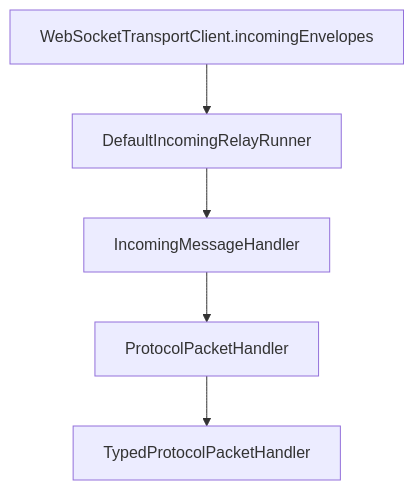
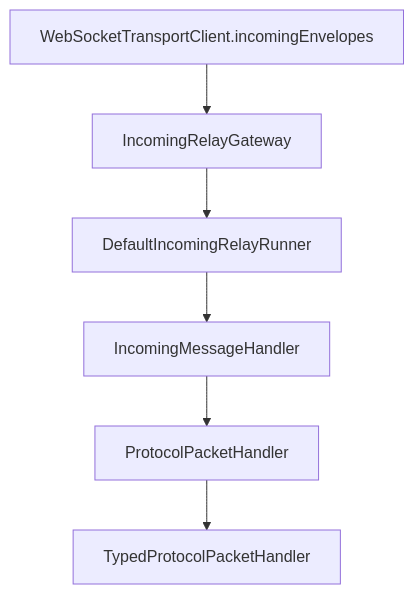
The third of 3 diagrams in docs/architecture/messaging-boundary.md (cbgm/SecureChat), drawn with Mermaid before and after one commit. The commit also changed other lines of this file and 30 other files, not shown here.

Commit message:
Update message flow + docu

````diff
--- a/docs/architecture/messaging-boundary.md
+++ b/docs/architecture/messaging-boundary.md
@@ -75,7 +76,8 @@
 ```mermaid
 flowchart TD
-    WebSocket["WebSocketTransportClient.incomingEnvelopes"] --> Runner["DefaultIncomingRelayRunner"]
+    WebSocket["WebSocketTransportClient.incomingEnvelopes"] --> Gateway["IncomingRelayGateway"]
+    Gateway --> Runner["DefaultIncomingRelayRunner"]
     Runner --> Incoming["IncomingMessageHandler"]
     Incoming --> Dispatch["ProtocolPacketHandler"]
     Dispatch --> Typed["TypedProtocolPacketHandler"]
 ```
````
